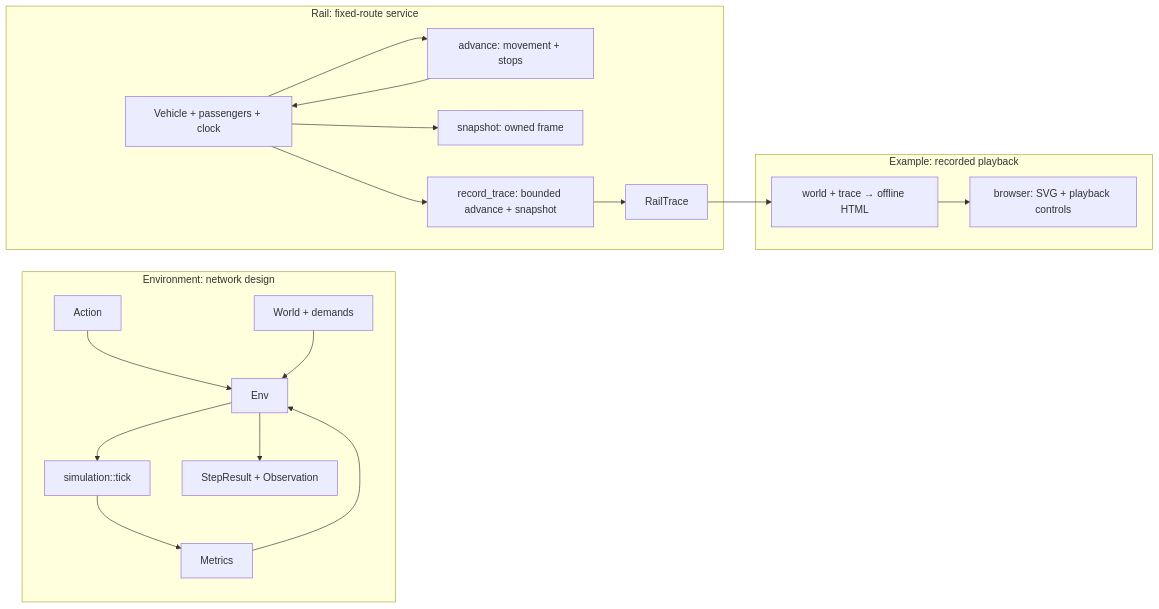
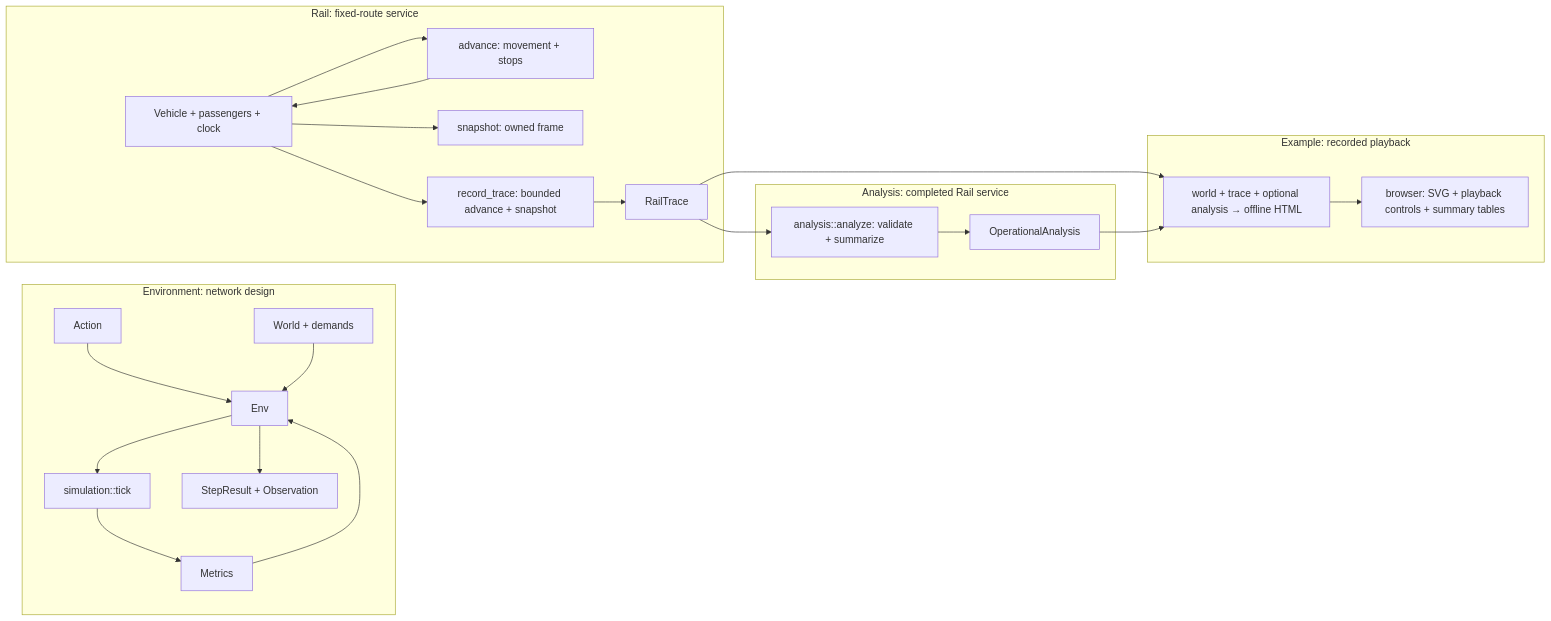
Before and after one commit to utilForever/urbanflow: the diagram in ARCHITECTURE.md, drawn with Mermaid. The commit also changed other lines of this file, not shown here.

Commit message:
docs: clarify trace analysis and presentation boundaries
Refs #141.

````diff
--- a/ARCHITECTURE.md
+++ b/ARCHITECTURE.md
@@ -9,22 +9,27 @@
 ```mermaid
 flowchart LR
     subgraph Environment["Environment: network design"]
         Action --> Env
         World["World + demands"] --> Env
         Env --> Allocation["simulation::tick"]
         Allocation --> Metrics
         Metrics --> Env
         Env --> Result["StepResult + Observation"]
     end
     subgraph Rail["Rail: fixed-route service"]
         State["Vehicle + passengers + clock"] --> Advance["advance: movement + stops"]
         Advance --> State
         State --> Snapshot["snapshot: owned frame"]
         State --> Record["record_trace: bounded advance + snapshot"]
         Record --> Trace["RailTrace"]
     end
+    subgraph Analysis["Analysis: completed Rail service"]
+        Trace --> Analyze["analysis::analyze: validate + summarize"]
+        Analyze --> Summaries["OperationalAnalysis"]
+    end
     subgraph Presentation["Example: recorded playback"]
-        Trace --> HTML["world + trace → offline HTML"]
-        HTML --> Viewer["browser: SVG + playback controls"]
+        Trace --> HTML["world + trace + optional analysis → offline HTML"]
+        Summaries --> HTML
+        HTML --> Viewer["browser: SVG + playback controls + summary tables"]
     end
 ```
````
